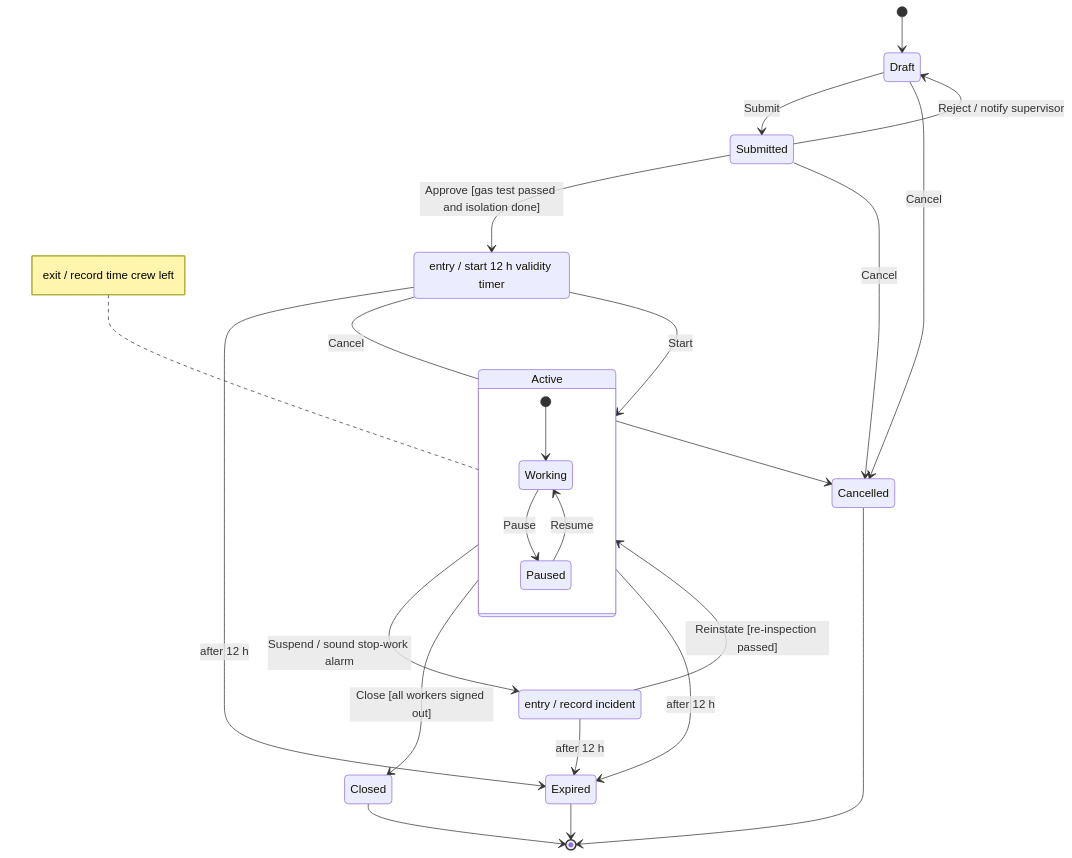
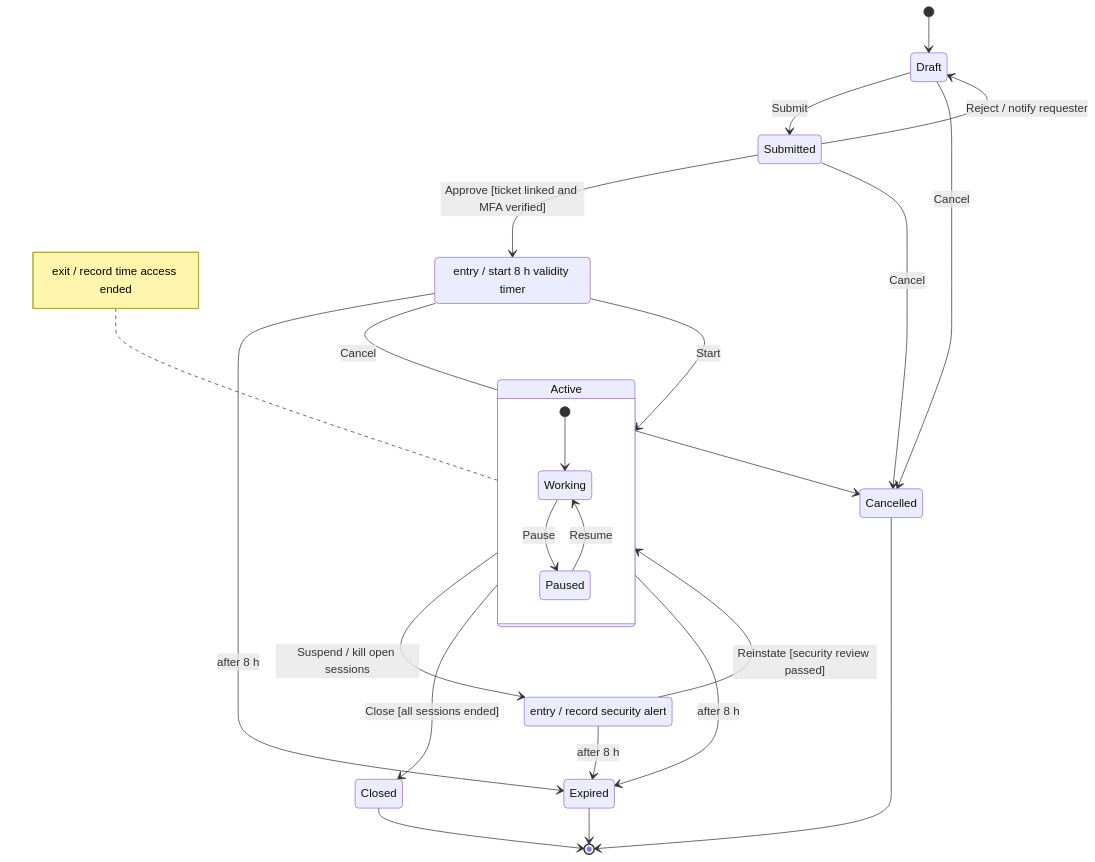
The first of 7 diagrams in content/lessons/m05/m05-state-diagrams.md (rizwi0786/system-design-lab), drawn with Mermaid before and after one commit. The commit also changed other lines of this file and 334 other files, not shown here.

````diff
--- a/content/lessons/m05/m05-state-diagrams.md
+++ b/content/lessons/m05/m05-state-diagrams.md
@@ -247,28 +247,28 @@
 ```mermaid
 stateDiagram-v2
     [*] --> Draft
     Draft --> Submitted : Submit
-    Submitted --> Approved : Approve [gas test passed and isolation done]
-    Submitted --> Draft : Reject / notify supervisor
+    Submitted --> Approved : Approve [ticket linked and MFA verified]
+    Submitted --> Draft : Reject / notify requester
     Approved --> Active : Start
     state Active {
         [*] --> Working
         Working --> Paused : Pause
         Paused --> Working : Resume
     }
-    Active --> Suspended : Suspend / sound stop-work alarm
-    Suspended --> Active : Reinstate [re-inspection passed]
-    Active --> Closed : Close [all workers signed out]
-    Approved --> Expired : after 12 h
-    Active --> Expired : after 12 h
-    Suspended --> Expired : after 12 h
+    Active --> Suspended : Suspend / kill open sessions
+    Suspended --> Active : Reinstate [security review passed]
+    Active --> Closed : Close [all sessions ended]
+    Approved --> Expired : after 8 h
+    Active --> Expired : after 8 h
+    Suspended --> Expired : after 8 h
     Draft --> Cancelled : Cancel
     Submitted --> Cancelled : Cancel
     Approved --> Cancelled : Cancel
-    Approved : entry / start 12 h validity timer
-    Suspended : entry / record incident
-    note left of Active : exit / record time crew left
+    Approved : entry / start 8 h validity timer
+    Suspended : entry / record security alert
+    note left of Active : exit / record time access ended
     Closed --> [*]
     Expired --> [*]
     Cancelled --> [*]
 ```
````
